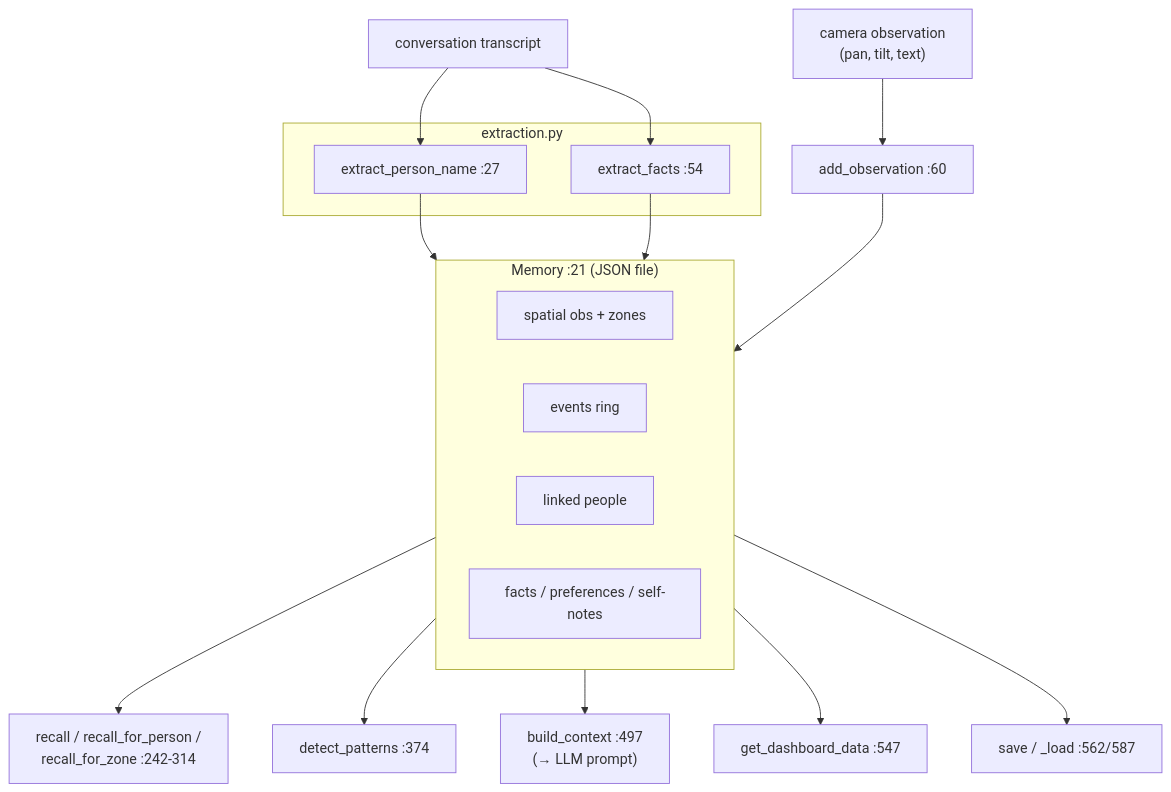
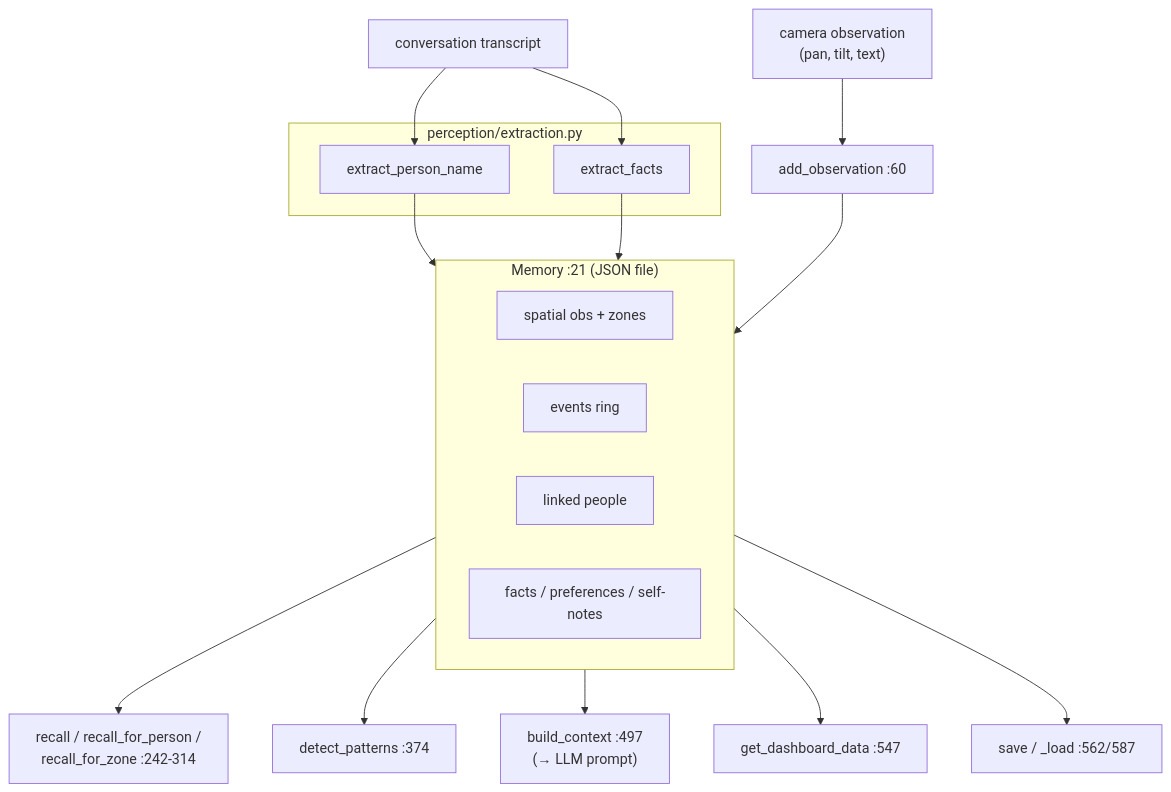
One commit to Valpatel/tritium-lib changed the diagram in src/tritium_lib/utils/README.md. Above: the diagram before and after it, drawn with Mermaid. The commit also changed other lines of this file and 2 other files, not shown here.

````diff
--- a/src/tritium_lib/utils/README.md
+++ b/src/tritium_lib/utils/README.md
@@ -31,21 +39,21 @@
 ```mermaid
 graph TD
-    subgraph INTAKE["extraction.py"]
-        EN["extract_person_name :27"]
-        EF["extract_facts :54"]
+    subgraph INTAKE["perception/extraction.py"]
+        EN["extract_person_name"]
+        EF["extract_facts"]
     end
     TRANSCRIPT["conversation transcript"] --> EN --> MEM
     TRANSCRIPT --> EF --> MEM
     OBS["camera observation\n(pan, tilt, text)"] --> ADDOBS["add_observation :60"] --> MEM
     subgraph MEM["Memory :21  (JSON file)"]
         SPATIAL["spatial obs + zones"]
         EPISODIC["events ring"]
         PEOPLE["linked people"]
         FACTS["facts / preferences / self-notes"]
     end
     MEM --> RECALL["recall / recall_for_person /\nrecall_for_zone :242-314"]
     MEM --> PAT["detect_patterns :374"]
     MEM --> CTX["build_context :497\n(→ LLM prompt)"]
     MEM --> DASH["get_dashboard_data :547"]
     MEM --> SAVE["save / _load :562/587"]
 ```
````
